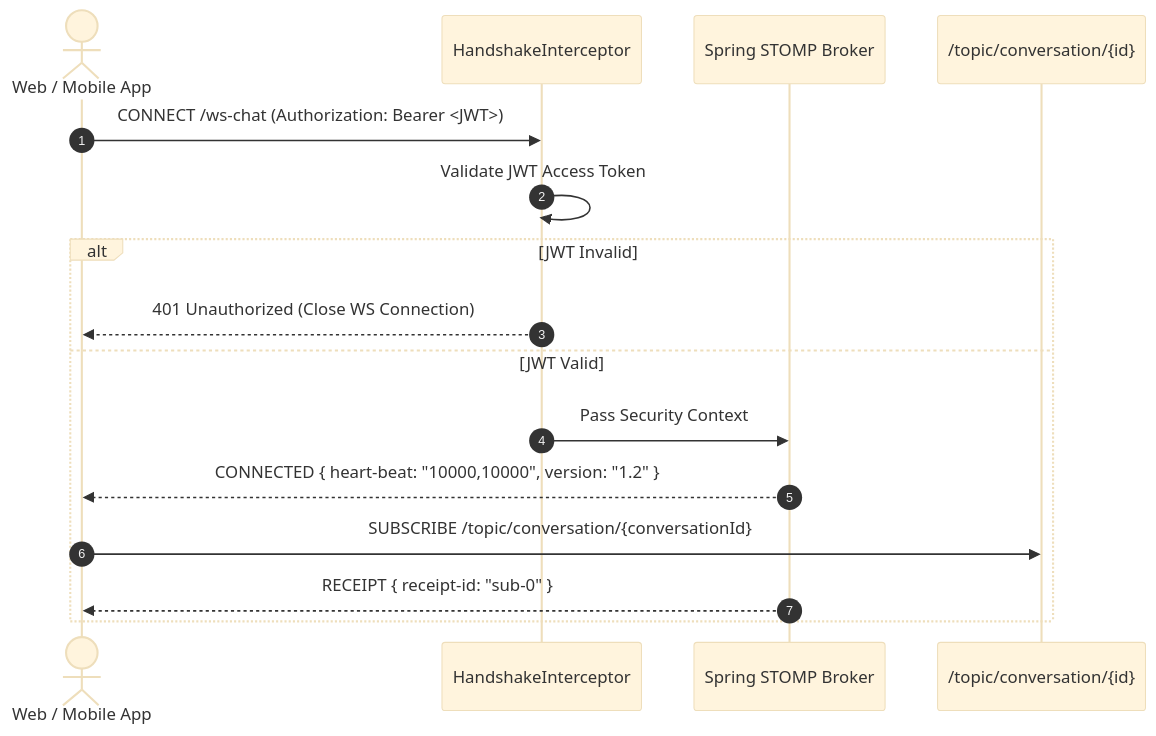
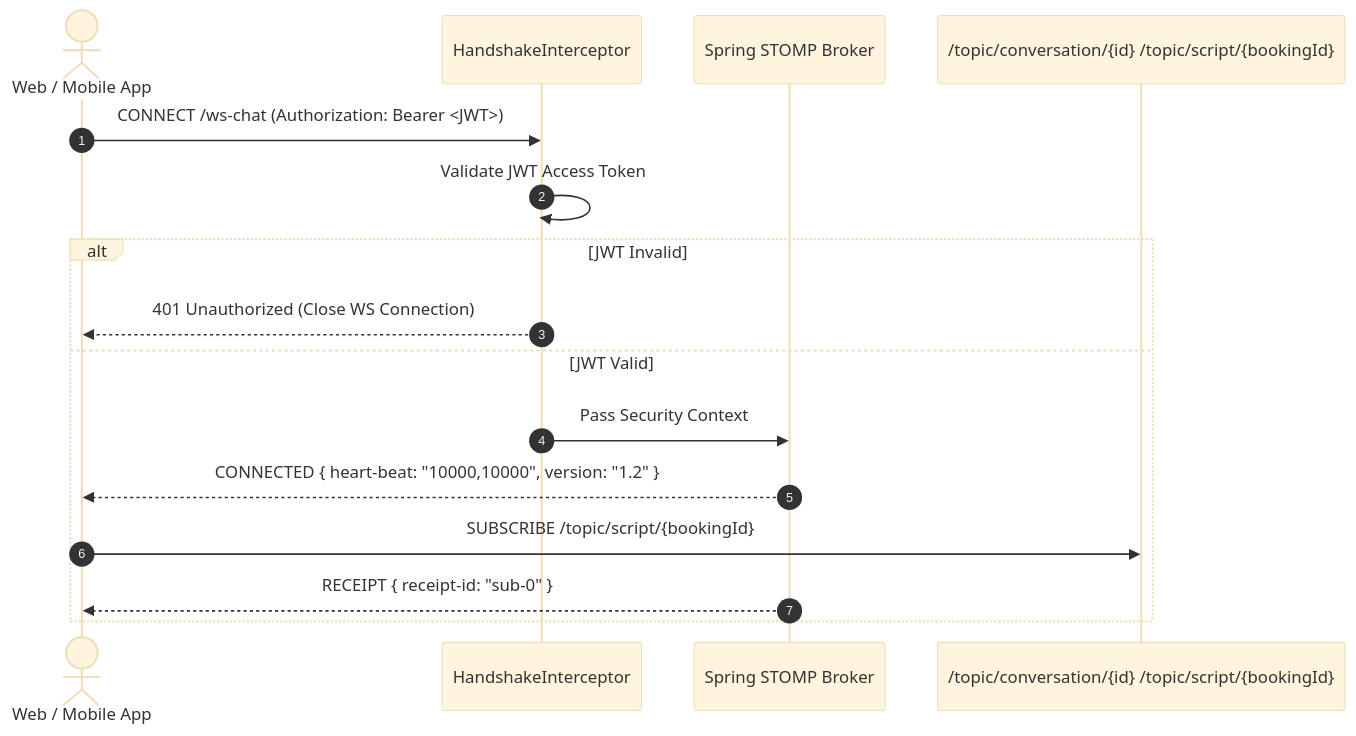
One commit to The-MC-Hub/MC_Voice_Training_Backend changed the diagram in docs/reference/WEBSOCKET_STOMP_GUIDE.md. Above: the diagram before and after it, drawn with Mermaid (base theme). The commit also changed other lines of this file and 3 other files, not shown here.

````diff
--- a/docs/reference/WEBSOCKET_STOMP_GUIDE.md
+++ b/docs/reference/WEBSOCKET_STOMP_GUIDE.md
@@ -11,19 +11,19 @@
 ```mermaid
 sequenceDiagram
     autonumber
     actor Client as Web / Mobile App
     participant Handshake as HandshakeInterceptor
     participant STOMPEngine as Spring STOMP Broker
-    participant Topic as /topic/conversation/{id}
+    participant Topic as /topic/conversation/{id} /topic/script/{bookingId}
 
     Client->>Handshake: CONNECT /ws-chat (Authorization: Bearer <JWT>)
     Handshake->>Handshake: Validate JWT Access Token
     alt JWT Invalid
         Handshake-->>Client: 401 Unauthorized (Close WS Connection)
     else JWT Valid
         Handshake->>STOMPEngine: Pass Security Context
         STOMPEngine-->>Client: CONNECTED { heart-beat: "10000,10000", version: "1.2" }
-        Client->>Topic: SUBSCRIBE /topic/conversation/{conversationId}
+        Client->>Topic: SUBSCRIBE /topic/script/{bookingId}
         STOMPEngine-->>Client: RECEIPT { receipt-id: "sub-0" }
     end
 ```
````
